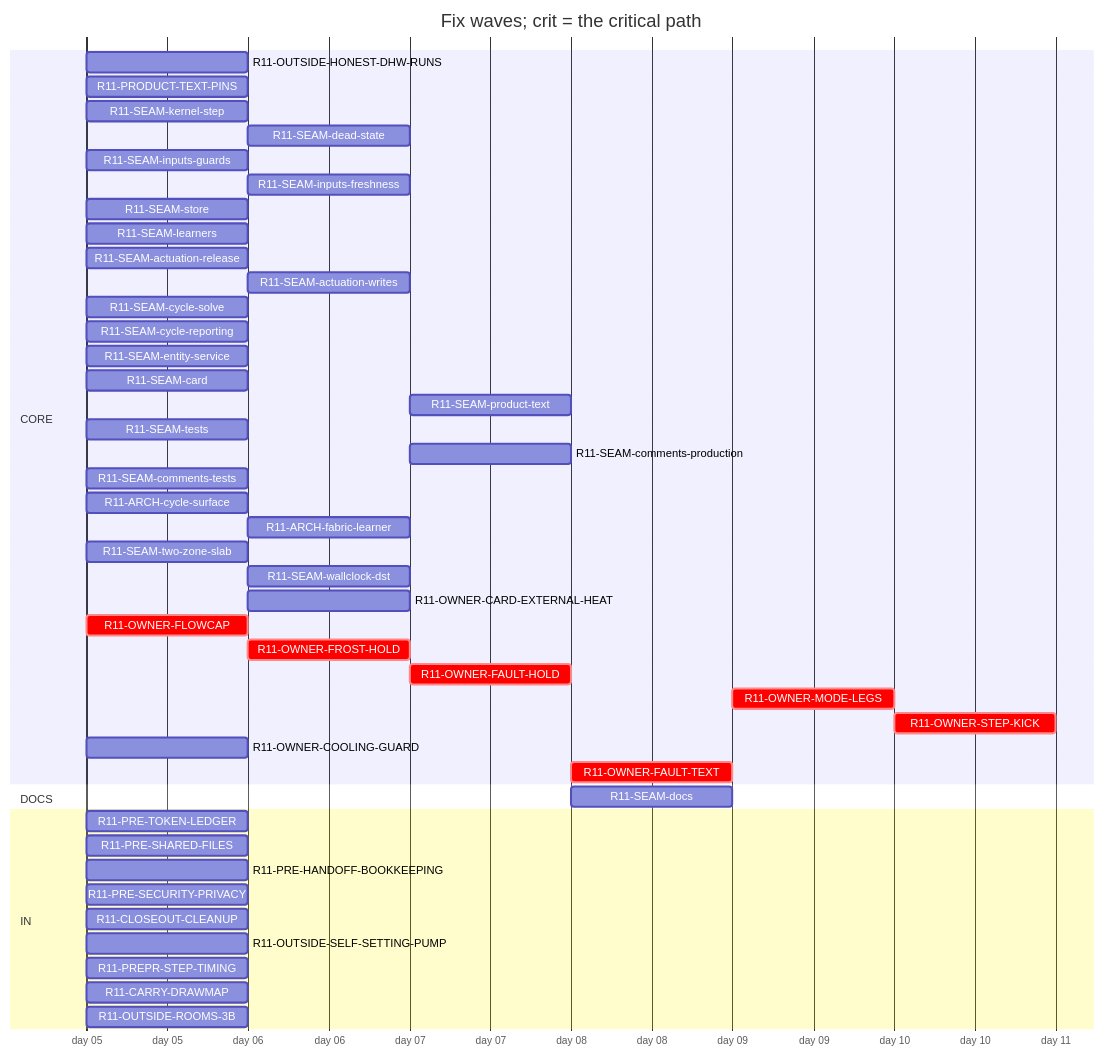
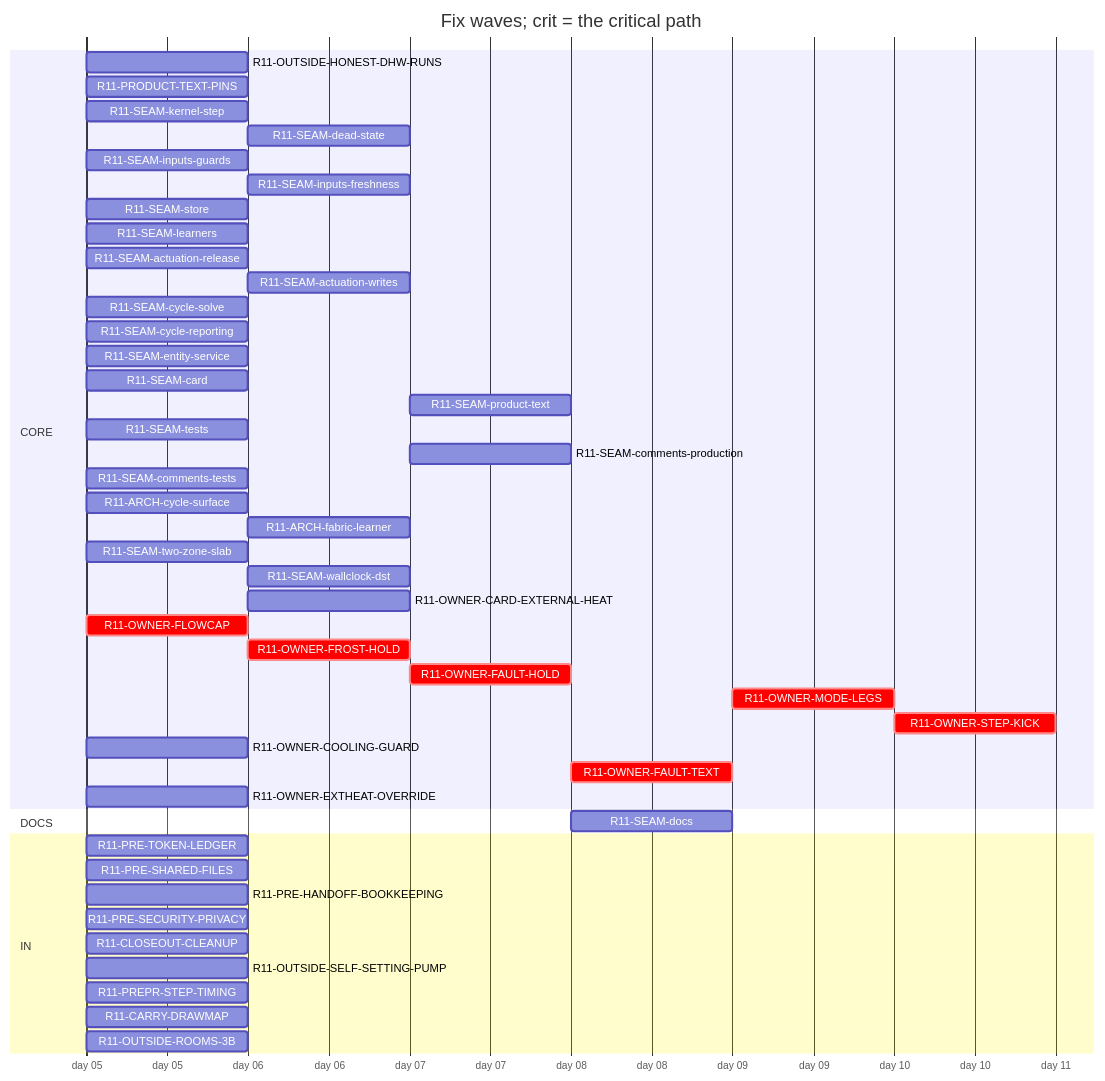
One commit to tvofi/heatpump_optimizer changed the diagram in handoff/round11/state/PLAN-TABLE.md. Above: the diagram before and after it, drawn with Mermaid. The commit also changed other lines of this file and 4 other files, not shown here.

Commit message:
state: FLOW-BOARD.md, NEXT-SESSION-PROMPT.md, PLAN-TABLE.md, PLAN.html, RESUME-CURRENT.md regenerated (state_docs.py)

````diff
--- a/handoff/round11/state/PLAN-TABLE.md
+++ b/handoff/round11/state/PLAN-TABLE.md
@@ -16,49 +16,50 @@
 ```mermaid
 gantt
   title Fix waves; crit = the critical path
   dateFormat YYYY-MM-DD
   axisFormat day %d
   section CORE
     R11-OUTSIDE-HONEST-DHW-RUNS :r11OUTSIDEHONESTDHWRUNS, 2026-01-05, 1d
     R11-PRODUCT-TEXT-PINS :r11PRODUCTTEXTPINS, 2026-01-05, 1d
     R11-SEAM-kernel-step :r11SEAMkernelstep, 2026-01-05, 1d
     R11-SEAM-dead-state :r11SEAMdeadstate, after r11SEAMstore, 1d
     R11-SEAM-inputs-guards :r11SEAMinputsguards, 2026-01-05, 1d
     R11-SEAM-inputs-freshness :r11SEAMinputsfreshness, after r11SEAMkernelstep, 1d
     R11-SEAM-store :r11SEAMstore, 2026-01-05, 1d
     R11-SEAM-learners :r11SEAMlearners, 2026-01-05, 1d
     R11-SEAM-actuation-release :r11SEAMactuationrelease, 2026-01-05, 1d
     R11-SEAM-actuation-writes :r11SEAMactuationwrites, after r11SEAMkernelstep r11SEAMactuationrelease, 1d
     R11-SEAM-cycle-solve :r11SEAMcyclesolve, 2026-01-05, 1d
     R11-SEAM-cycle-reporting :r11SEAMcyclereporting, 2026-01-05, 1d
     R11-SEAM-entity-service :r11SEAMentityservice, 2026-01-05, 1d
     R11-SEAM-card :r11SEAMcard, 2026-01-05, 1d
     R11-SEAM-product-text :r11SEAMproducttext, after r11SEAMactuationrelease r11SEAMactuationwrites r11SEAMentityservice r11SEAMinputsguards r11SEAMinputsfreshness r11SEAMcyclesolve r11SEAMcyclereporting, 1d
     R11-SEAM-tests :r11SEAMtests, 2026-01-05, 1d
     R11-SEAM-comments-production :r11SEAMcommentsproduction, after r11SEAMactuationrelease r11SEAMactuationwrites r11SEAMentityservice r11SEAMinputsguards r11SEAMinputsfreshness r11SEAMcyclesolve r11SEAMcyclereporting, 1d
     R11-SEAM-comments-tests :r11SEAMcommentstests, 2026-01-05, 1d
     R11-ARCH-cycle-surface :r11ARCHcyclesurface, 2026-01-05, 1d
     R11-ARCH-fabric-learner :r11ARCHfabriclearner, after r11SEAMlearners, 1d
     R11-SEAM-two-zone-slab :r11SEAMtwozoneslab, 2026-01-05, 1d
     R11-SEAM-wallclock-dst :r11SEAMwallclockdst, after r11SEAMkernelstep, 1d
     R11-OWNER-CARD-EXTERNAL-HEAT :r11OWNERCARDEXTERNALHEAT, after r11SEAMcard, 1d
     R11-OWNER-FLOWCAP :crit, r11OWNERFLOWCAP, 2026-01-05, 1d
     R11-OWNER-FROST-HOLD :crit, r11OWNERFROSTHOLD, after r11OWNERFLOWCAP, 1d
     R11-OWNER-FAULT-HOLD :crit, r11OWNERFAULTHOLD, after r11OWNERFROSTHOLD, 1d
     R11-OWNER-MODE-LEGS :crit, r11OWNERMODELEGS, after r11OWNERFAULTTEXT, 1d
     R11-OWNER-STEP-KICK :crit, r11OWNERSTEPKICK, after r11OWNERMODELEGS, 1d
     R11-OWNER-COOLING-GUARD :r11OWNERCOOLINGGUARD, 2026-01-05, 1d
     R11-OWNER-FAULT-TEXT :crit, r11OWNERFAULTTEXT, after r11OWNERFAULTHOLD, 1d
+    R11-OWNER-EXTHEAT-OVERRIDE :r11OWNEREXTHEATOVERRIDE, 2026-01-05, 1d
   section DOCS
     R11-SEAM-docs :r11SEAMdocs, after r11SEAMlearners r11SEAMactuationrelease r11SEAMactuationwrites r11SEAMentityservice r11SEAMinputsguards r11SEAMinputsfreshness r11SEAMcyclesolve r11SEAMcyclereporting r11SEAMcard r11SEAMproducttext, 1d
   section IN
     R11-PRE-TOKEN-LEDGER :r11PRETOKENLEDGER, 2026-01-05, 1d
     R11-PRE-SHARED-FILES :r11PRESHAREDFILES, 2026-01-05, 1d
     R11-PRE-HANDOFF-BOOKKEEPING :r11PREHANDOFFBOOKKEEPING, 2026-01-05, 1d
     R11-PRE-SECURITY-PRIVACY :r11PRESECURITYPRIVACY, 2026-01-05, 1d
     R11-CLOSEOUT-CLEANUP :r11CLOSEOUTCLEANUP, 2026-01-05, 1d
     R11-OUTSIDE-SELF-SETTING-PUMP :r11OUTSIDESELFSETTINGPUMP, 2026-01-05, 1d
     R11-PREPR-STEP-TIMING :r11PREPRSTEPTIMING, 2026-01-05, 1d
     R11-CARRY-DRAWMAP :r11CARRYDRAWMAP, 2026-01-05, 1d
     R11-OUTSIDE-ROOMS-3B :r11OUTSIDEROOMS3B, 2026-01-05, 1d
 ```
````
